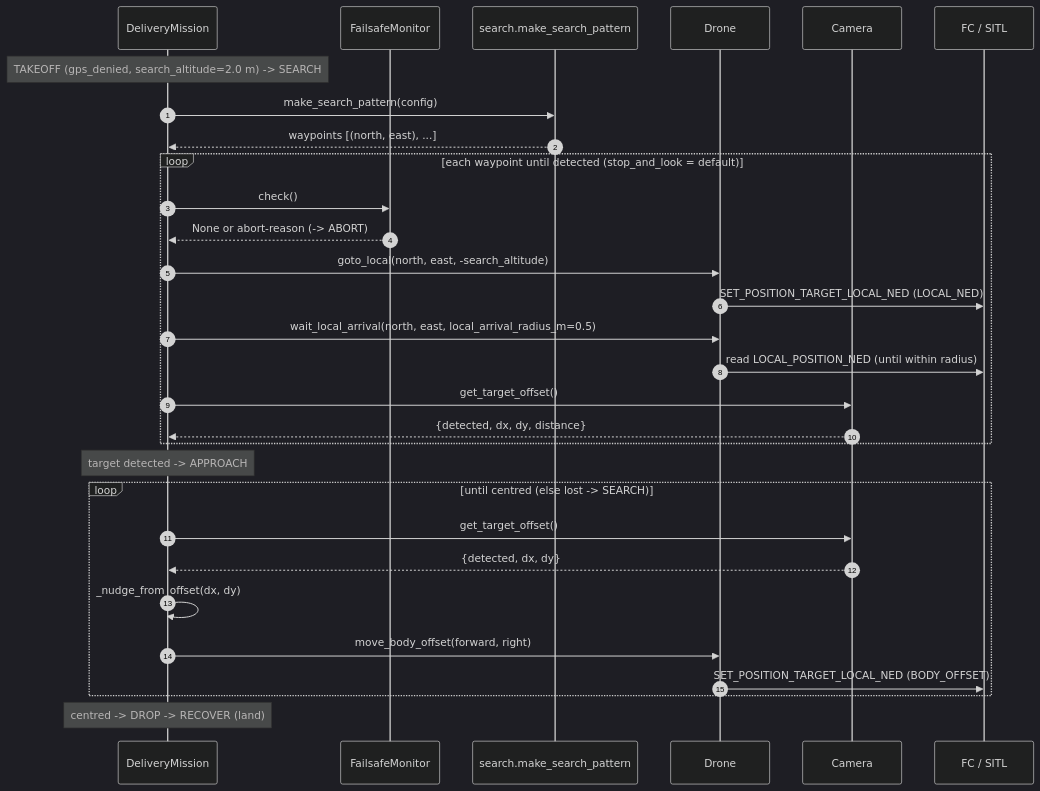
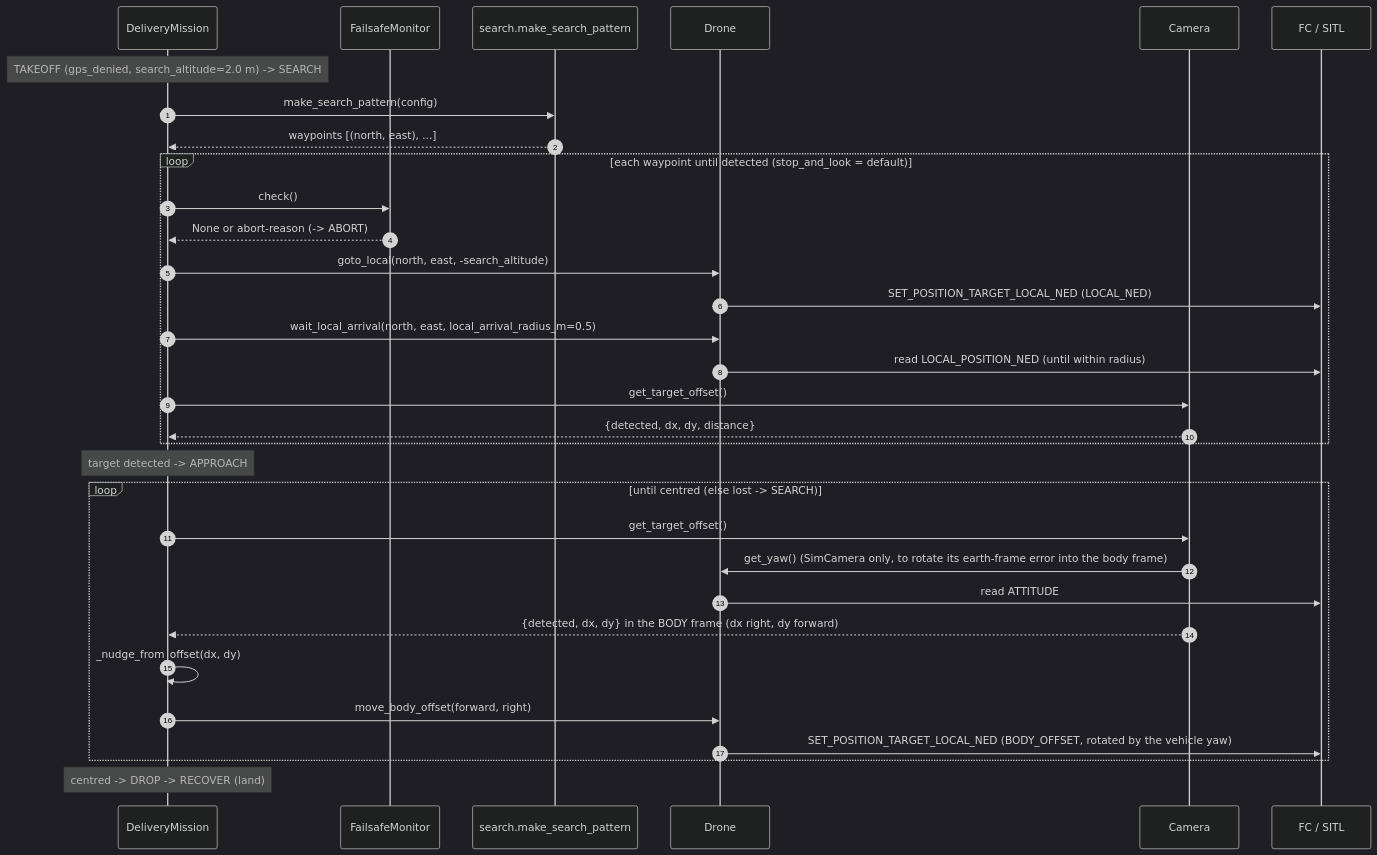
Before and after one commit to ki-drohnen-ss26/Pi-Code: the sixth of 6 diagrams in docs/ARCHITECTURE.md, drawn with Mermaid (dark theme). The commit also changed other lines of this file and 15 other files, not shown here.

````diff
--- a/docs/ARCHITECTURE.md
+++ b/docs/ARCHITECTURE.md
@@ -384,36 +433,38 @@
 ```mermaid
 sequenceDiagram
     autonumber
     participant Mis as DeliveryMission
     participant FS as FailsafeMonitor
     participant Sp as search.make_search_pattern
     participant Dr as Drone
     participant Cam as Camera
     participant FC as FC / SITL
 
     note over Mis: TAKEOFF (gps_denied, search_altitude=2.0 m) -> SEARCH
     Mis->>Sp: make_search_pattern(config)
     Sp-->>Mis: waypoints [(north, east), ...]
 
     loop each waypoint until detected (stop_and_look = default)
         Mis->>FS: check()
         FS-->>Mis: None or abort-reason (-> ABORT)
         Mis->>Dr: goto_local(north, east, -search_altitude)
         Dr->>FC: SET_POSITION_TARGET_LOCAL_NED (LOCAL_NED)
         Mis->>Dr: wait_local_arrival(north, east, local_arrival_radius_m=0.5)
         Dr->>FC: read LOCAL_POSITION_NED (until within radius)
         Mis->>Cam: get_target_offset()
         Cam-->>Mis: {detected, dx, dy, distance}
     end
 
     note over Mis: target detected -> APPROACH
     loop until centred (else lost -> SEARCH)
         Mis->>Cam: get_target_offset()
-        Cam-->>Mis: {detected, dx, dy}
+        Cam->>Dr: get_yaw()  (SimCamera only, to rotate its earth-frame error into the body frame)
+        Dr->>FC: read ATTITUDE
+        Cam-->>Mis: {detected, dx, dy} in the BODY frame (dx right, dy forward)
         Mis->>Mis: _nudge_from_offset(dx, dy)
         Mis->>Dr: move_body_offset(forward, right)
-        Dr->>FC: SET_POSITION_TARGET_LOCAL_NED (BODY_OFFSET)
+        Dr->>FC: SET_POSITION_TARGET_LOCAL_NED (BODY_OFFSET, rotated by the vehicle yaw)
     end
 
     note over Mis: centred -> DROP -> RECOVER (land)
 ```
````
